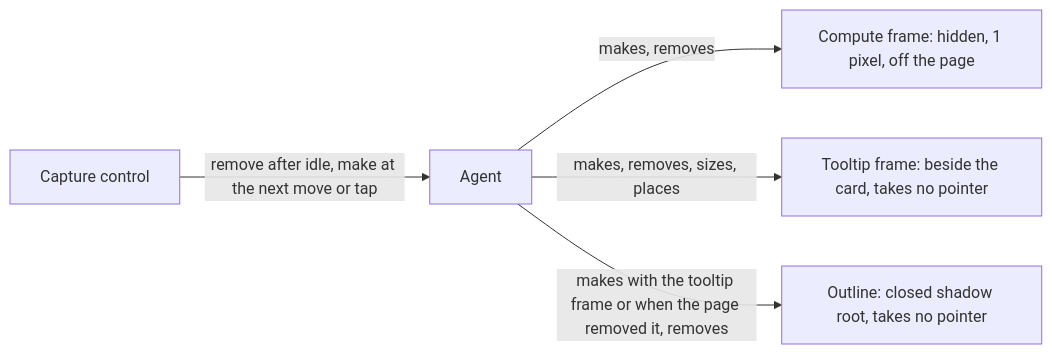
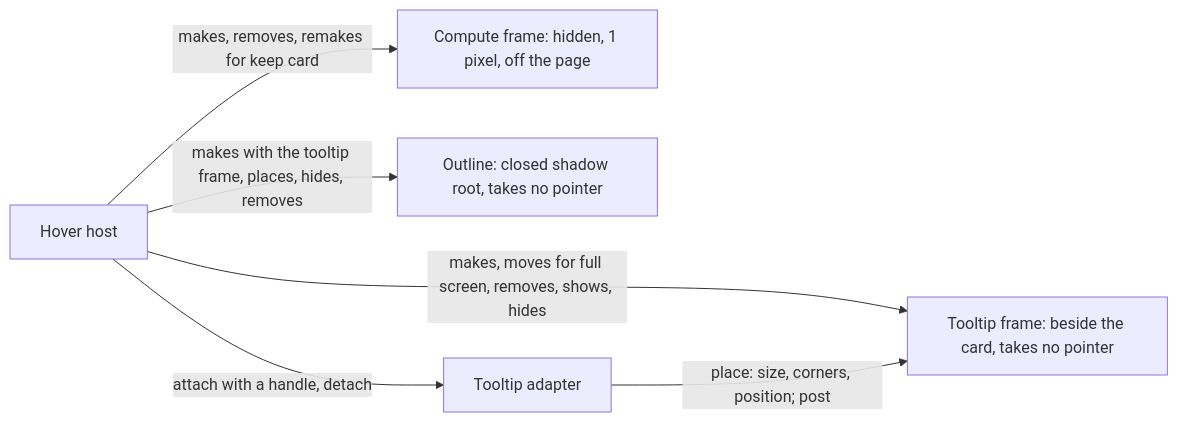
Before and after one commit to ryangswe/kenbunshoku: the second of 12 diagrams in docs/hover-map.md, drawn with Mermaid. The commit also changed other lines of this file and 96 other files, not shown here.

First line of the commit message:
Run on the toolkit's shared hover host, from toolkit 0.15.0rc1 (#65)

````diff
--- a/docs/hover-map.md
+++ b/docs/hover-map.md
@@ -132,13 +138,14 @@
 ```mermaid
 flowchart LR
-  AG["Agent"]
+  HC["Hover host"]
   CFR["Compute frame: hidden, 1 pixel, off the page"]
   TFR["Tooltip frame: beside the card, takes no pointer"]
   OUT["Outline: closed shadow root, takes no pointer"]
-  CC["Capture control"]
+  AD["Tooltip adapter"]
 
-  AG -->|"makes, removes"| CFR
-  AG -->|"makes, removes, sizes, places"| TFR
-  AG -->|"makes with the tooltip frame or when the page removed it, removes"| OUT
-  CC -->|"remove after idle, make at the next move or tap"| AG
+  HC -->|"makes, removes, remakes for keep card"| CFR
+  HC -->|"makes, moves for full screen, removes, shows, hides"| TFR
+  HC -->|"makes with the tooltip frame, places, hides, removes"| OUT
+  HC -->|"attach with a handle, detach"| AD
+  AD -->|"place: size, corners, position; post"| TFR
 ```
````
